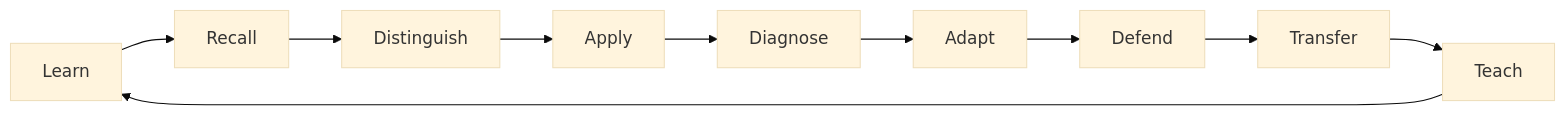
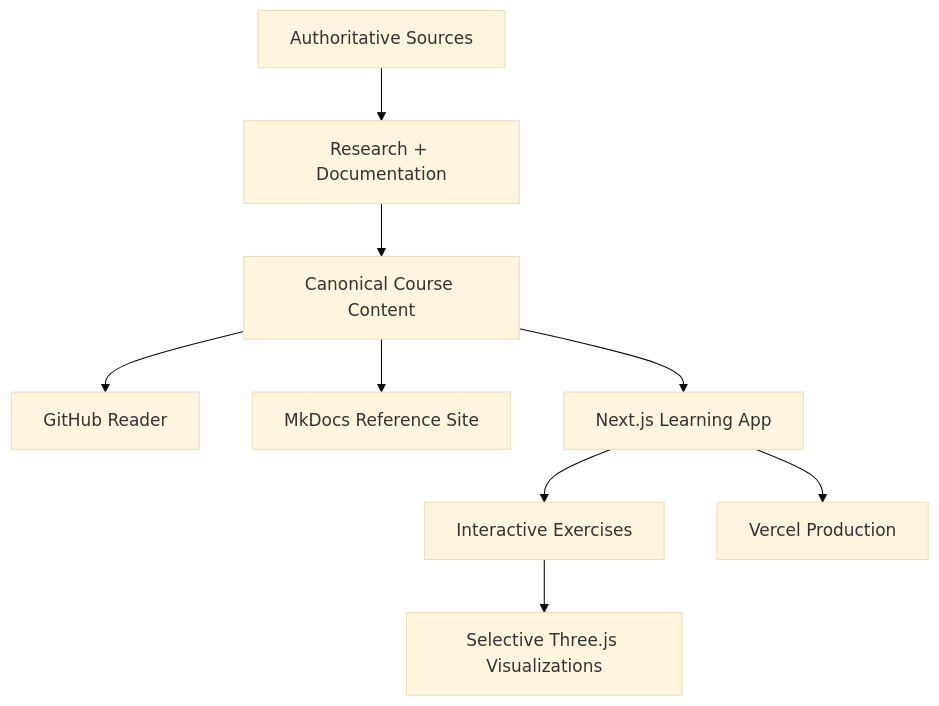
The diagram in README.md (Gh0stlyKn1ght/Marzano-Learning-Map), drawn with Mermaid (base theme) before and after one commit. The commit also changed other lines of this file, not shown here.

Commit message:
docs: define proprietary Vercel-hosted project model

````diff
--- a/README.md
+++ b/README.md
@@ -44,12 +41,11 @@
 ```mermaid
-graph LR
-    A[Learn] --> B[Recall]
-    B --> C[Distinguish]
-    C --> D[Apply]
-    D --> E[Diagnose]
-    E --> F[Adapt]
-    F --> G[Defend]
-    G --> H[Transfer]
-    H --> I[Teach]
-    I --> A
+flowchart TD
+    S[Authoritative Sources] --> D[Research + Documentation]
+    D --> C[Canonical Course Content]
+    C --> G[GitHub Reader]
+    C --> M[MkDocs Reference Site]
+    C --> N[Next.js Learning App]
+    N --> E[Interactive Exercises]
+    E --> V[Selective Three.js Visualizations]
+    N --> P[Vercel Production]
 ```
````
